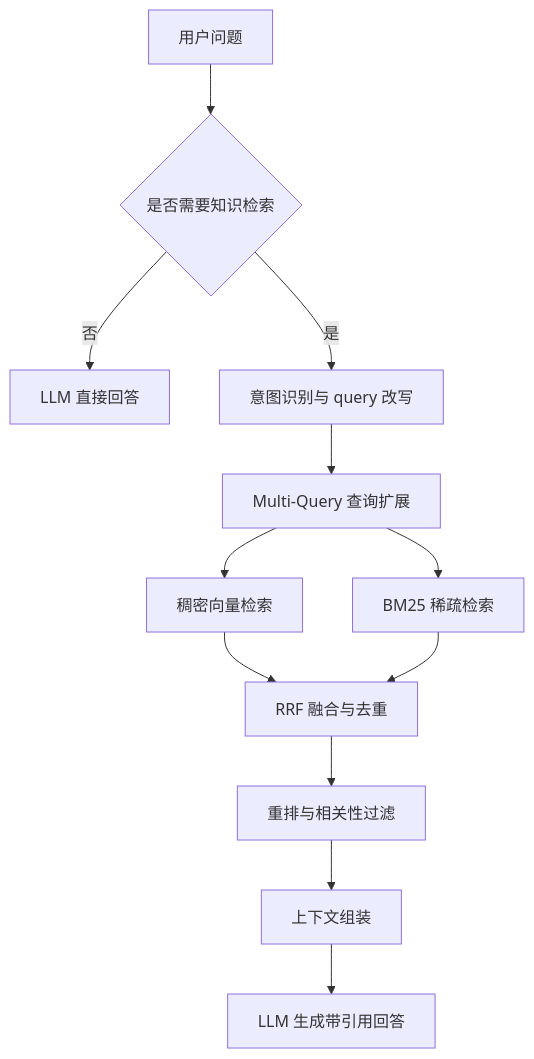
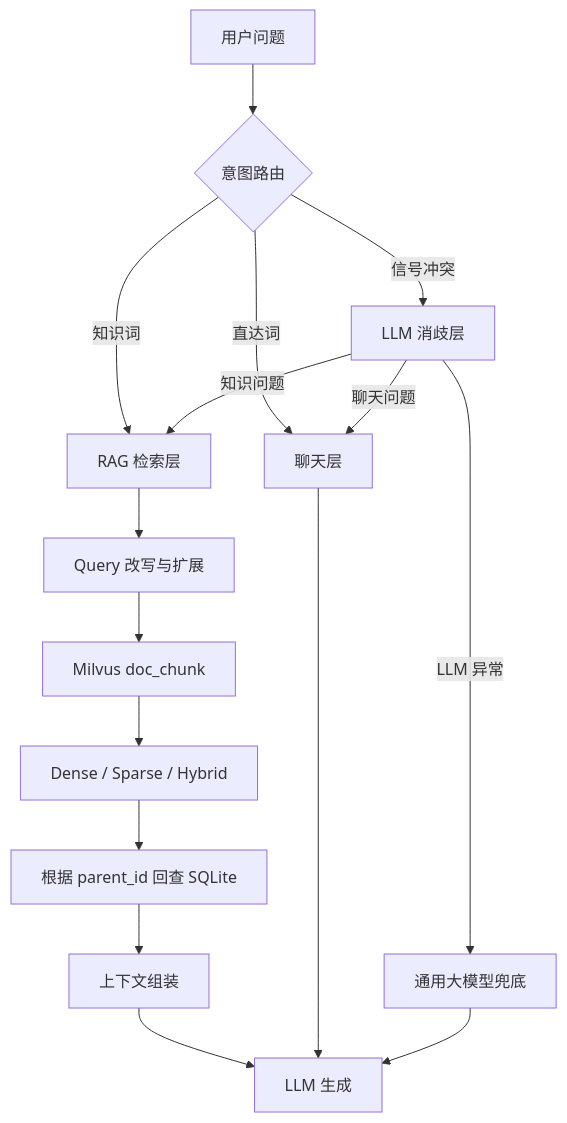
The second of 2 diagrams in README.md (GuLu37/Enterprise-Knowledge-System), drawn with Mermaid before and after one commit. The commit also changed other lines of this file and 8 other files, not shown here.

````diff
--- a/README.md
+++ b/README.md
@@ -43,14 +47,19 @@
 ```mermaid
 flowchart TD
-    Q[用户问题] --> I{是否需要知识检索}
-    I -->|否| D[LLM 直接回答]
-    I -->|是| R1[意图识别与 query 改写]
-    R1 --> MQ[Multi-Query 查询扩展]
-    MQ --> DE[稠密向量检索]
-    MQ --> SP[BM25 稀疏检索]
-    DE --> RR[RRF 融合与去重]
-    SP --> RR
-    RR --> RE[重排与相关性过滤]
-    RE --> CTX[上下文组装]
-    CTX --> G[LLM 生成带引用回答]
+    Q[用户问题] --> R{意图路由}
+    R -->|直达词| C[聊天层]
+    R -->|知识词| K[RAG 检索层]
+    R -->|信号冲突| D[LLM 消歧层]
+    D -->|知识问题| K
+    D -->|聊天问题| C
+    D -->|LLM 异常| B[通用大模型兜底]
+
+    K --> W[Query 改写与扩展]
+    W --> V[Milvus doc_chunk]
+    V --> H[Dense / Sparse / Hybrid]
+    H --> P[根据 parent_id 回查 SQLite]
+    P --> G[上下文组装]
+    G --> A[LLM 生成]
+    C --> A
+    B --> A
 ```
````
